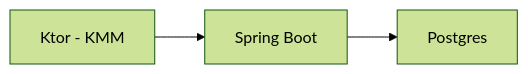
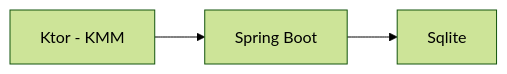
One commit to JH108/TicTacToe changed the fourth of 4 diagrams in README.md. Above: the diagram before and after it, drawn with Mermaid (forest theme). The commit also changed other lines of this file and 1 other file, not shown here.

````diff
--- a/README.md
+++ b/README.md
@@ -42,5 +61,5 @@
 ```mermaid
 graph LR
     A[Ktor - KMM] --> B[Spring Boot]
-    B --> C[Postgres]
+    B --> C[Sqlite]
 ```
````
